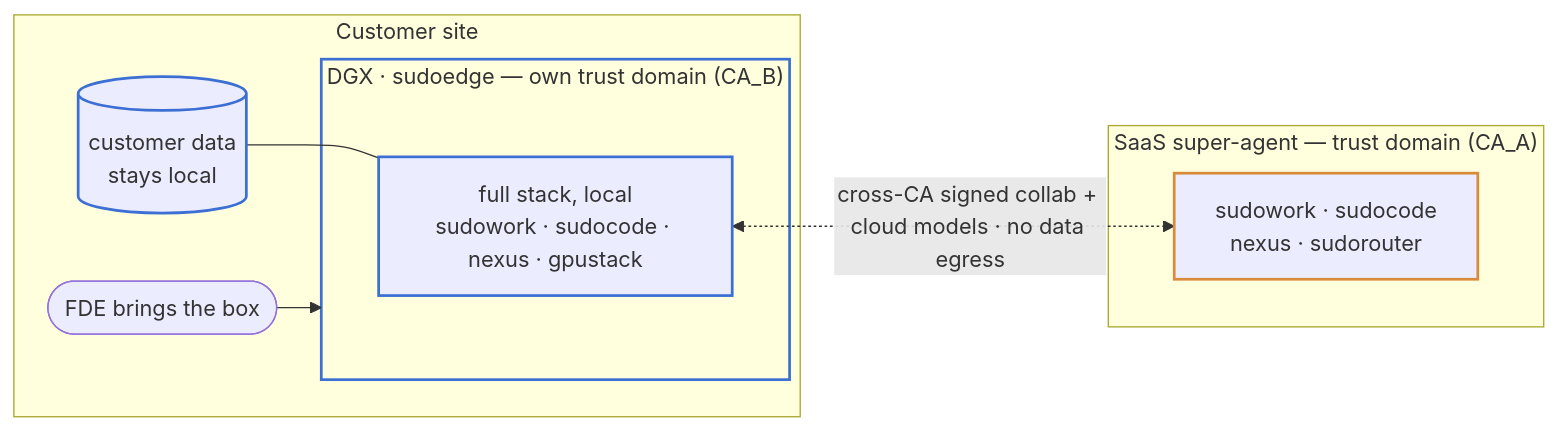
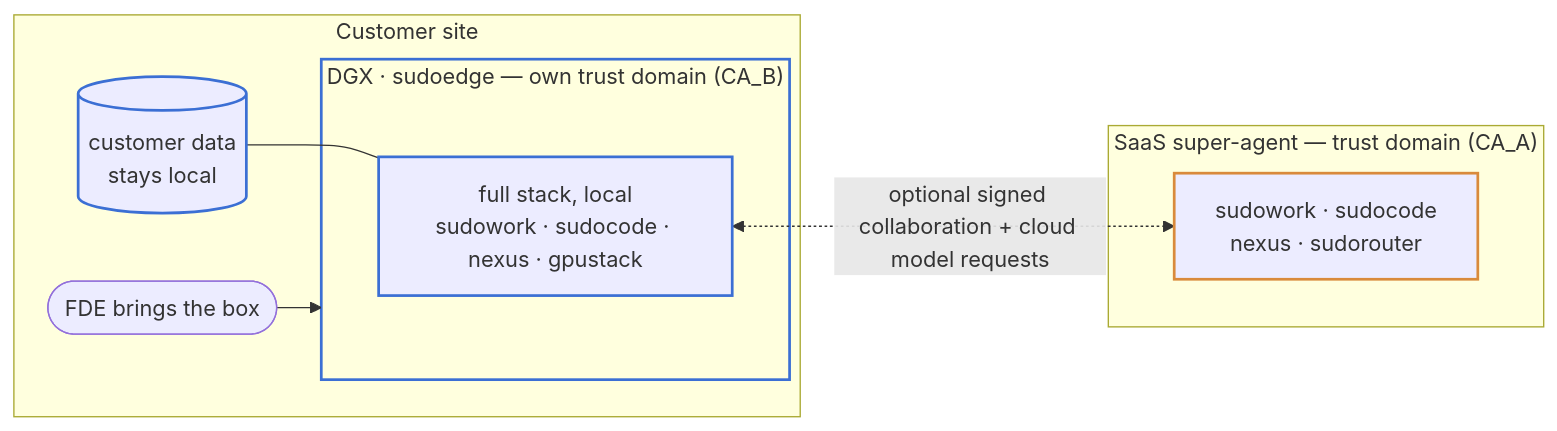
The first of 2 diagrams in README.md (sudoprivacy/sudoedge), drawn with Mermaid before and after one commit. The commit also changed other lines of this file and 28 other files, not shown here.

````diff
--- a/README.md
+++ b/README.md
@@ -12,18 +12,18 @@
 ```mermaid
 flowchart LR
     subgraph SITE["Customer site"]
       FDE(["FDE brings the box"]) --> DGX
       subgraph DGX["DGX · sudoedge — own trust domain (CA_B)"]
         LS["full stack, local<br/>sudowork · sudocode · nexus · gpustack"]
       end
       D[("customer data<br/>stays local")] --- LS
     end
     subgraph SAAS["SaaS super-agent — trust domain (CA_A)"]
       S["sudowork · sudocode<br/>nexus · sudorouter"]
     end
-    LS <-. "cross-CA signed collab + cloud models · no data egress" .-> S
+    LS <-. "optional signed collaboration + cloud model requests" .-> S
     classDef e stroke:#3b6fd4,stroke-width:2px;
     classDef s stroke:#d98a3b,stroke-width:2px;
     class LS,D,DGX e
     class S s
 ```
````
